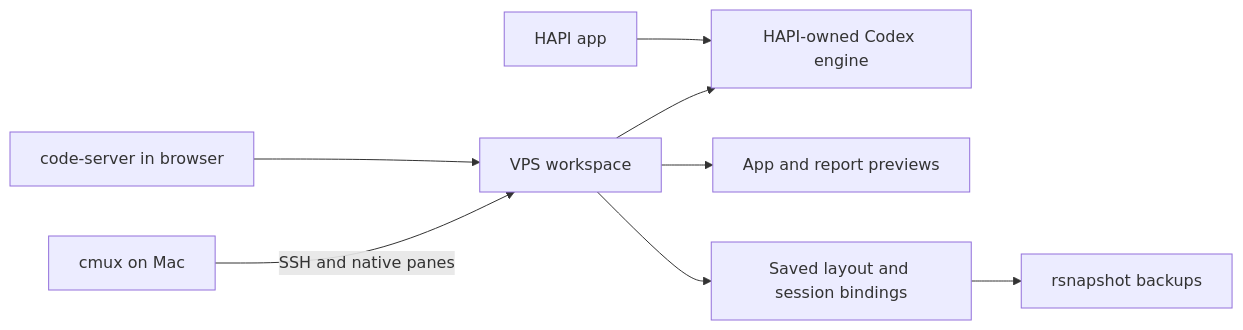
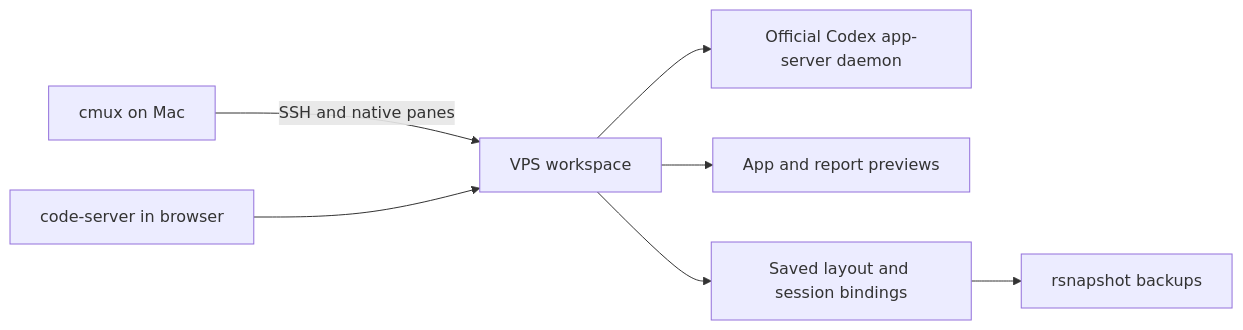
Before and after one commit to drPod/vps-workspaces: the diagram in README.md, drawn with Mermaid. The commit also changed other lines of this file and 25 other files, not shown here.

Commit message:
Use the official shared Codex daemon for native workspace clients

````diff
--- a/README.md
+++ b/README.md
@@ -55,10 +55,9 @@
 ```mermaid
 flowchart LR
   Mac[cmux on Mac] -->|SSH and native panes| VPS[VPS workspace]
   Browser[code-server in browser] --> VPS
-  VPS --> HAPI[HAPI-owned Codex engine]
-  Phone[HAPI app] --> HAPI
+  VPS --> Codex[Official Codex app-server daemon]
   VPS --> Apps[App and report previews]
   VPS --> State[Saved layout and session bindings]
   State --> Backups[rsnapshot backups]
 ```
````
